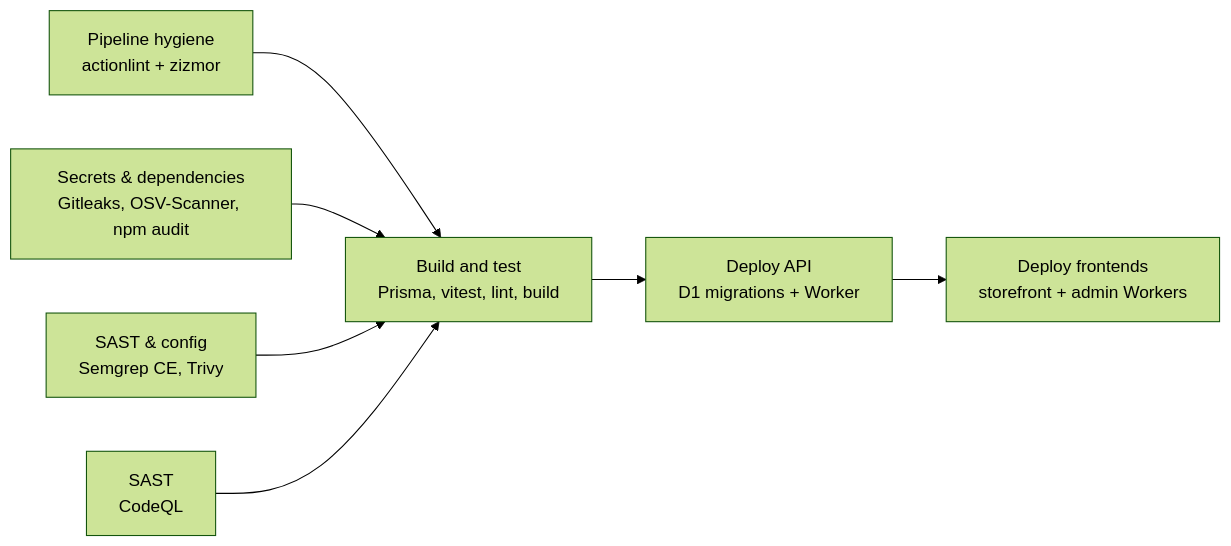
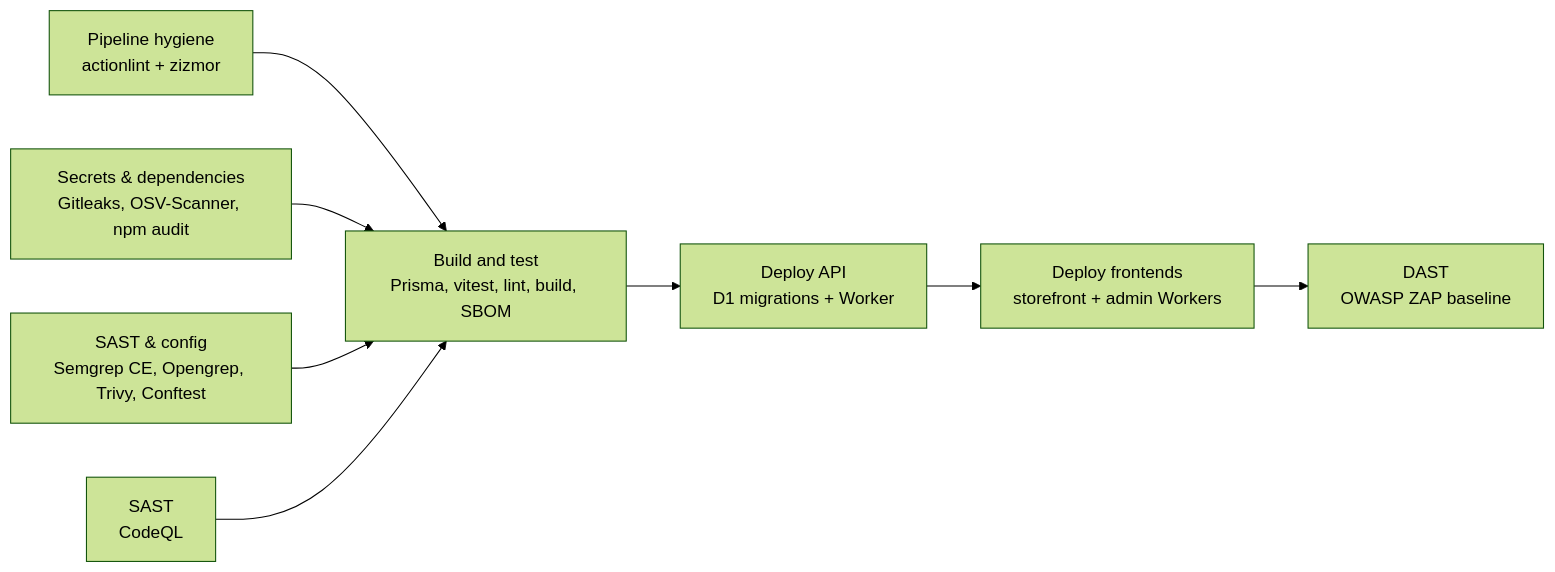
Before and after one commit to yusufarbc/e-commerce-cloudflare: the diagram in docs/cicd_pipeline.md, drawn with Mermaid (forest theme). The commit also changed other lines of this file and 21 other files, not shown here.

````diff
--- a/docs/cicd_pipeline.md
+++ b/docs/cicd_pipeline.md
@@ -28,9 +31,10 @@
 ```mermaid
 graph LR
     H[Pipeline hygiene<br/>actionlint + zizmor] --> B
     S[Secrets & dependencies<br/>Gitleaks, OSV-Scanner, npm audit] --> B
-    C[SAST & config<br/>Semgrep CE, Trivy] --> B
+    C[SAST & config<br/>Semgrep CE, Opengrep, Trivy, Conftest] --> B
     Q[SAST<br/>CodeQL] --> B
-    B[Build and test<br/>Prisma, vitest, lint, build] --> DA[Deploy API<br/>D1 migrations + Worker]
+    B[Build and test<br/>Prisma, vitest, lint, build, SBOM] --> DA[Deploy API<br/>D1 migrations + Worker]
     DA --> DF[Deploy frontends<br/>storefront + admin Workers]
+    DF --> Z[DAST<br/>OWASP ZAP baseline]
 ```
````
